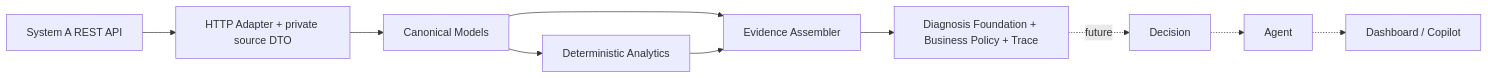
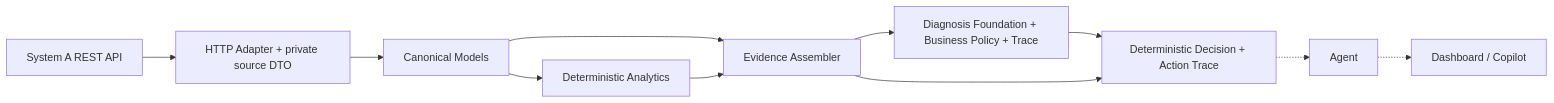
Before and after one commit to TiezhuHao/overdue-po-copilot: the diagram in docs/system-b-architecture.md, drawn with Mermaid. The commit also changed other lines of this file and 8 other files, not shown here.

Commit message:
feat: add deterministic procurement decision engine

````diff
--- a/docs/system-b-architecture.md
+++ b/docs/system-b-architecture.md
@@ -27,12 +27,13 @@
 ```mermaid
 flowchart LR
     A[System A REST API] --> Adapter[HTTP Adapter + private source DTO]
     Adapter --> Canonical[Canonical Models]
     Canonical --> Analytics[Deterministic Analytics]
     Canonical --> Assembler[Evidence Assembler]
     Analytics --> Assembler
     Assembler --> Diagnosis[Diagnosis Foundation + Business Policy + Trace]
-    Diagnosis -. future .-> Decision[Decision]
+    Diagnosis --> Decision[Deterministic Decision + Action Trace]
+    Assembler --> Decision
     Decision -.-> Agent[Agent]
     Agent -.-> Frontend[Dashboard / Copilot]
 ```
````
